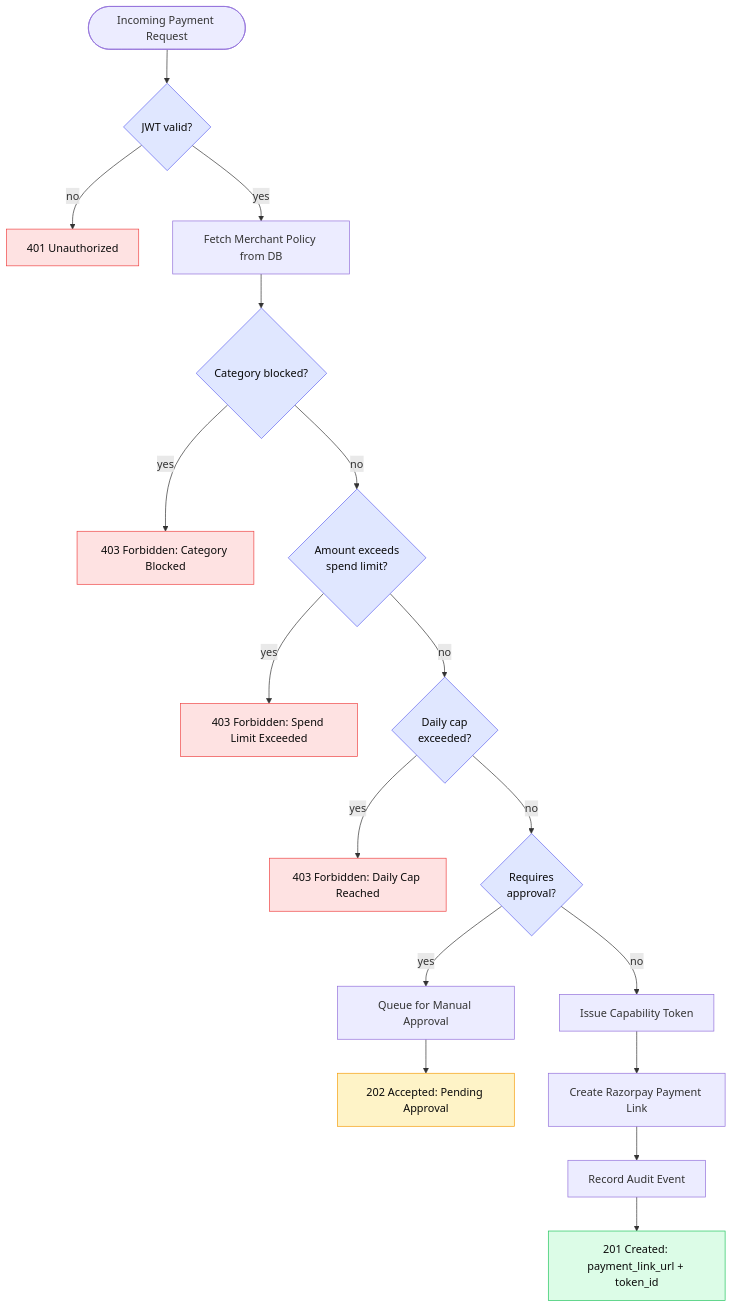
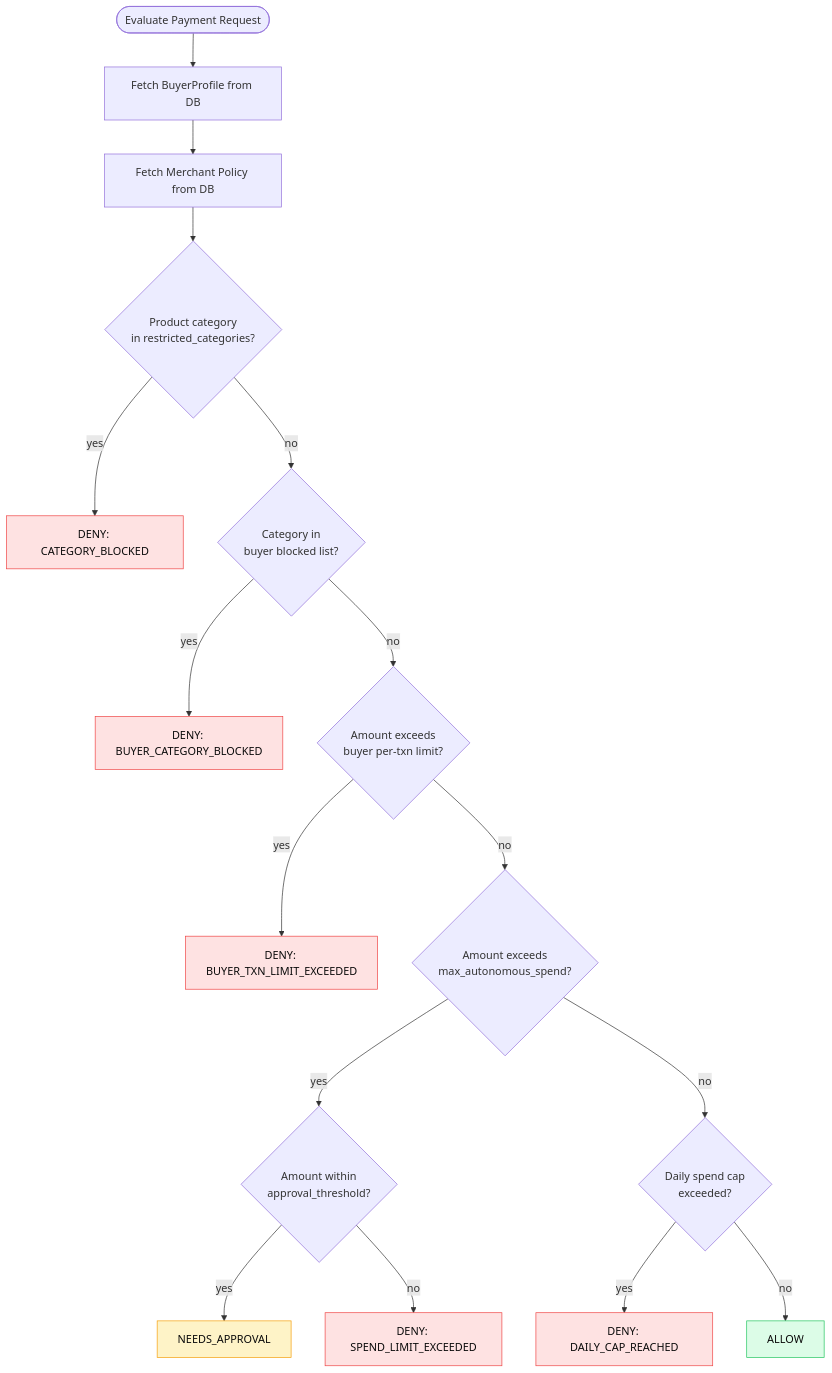
Before and after one commit to simply-mihir/AgentSetu: the fifth of 11 diagrams in README.md, drawn with Mermaid. The commit also changed other lines of this file and 1 other file, not shown here.

````diff
--- a/README.md
+++ b/README.md
@@ -275,34 +365,30 @@
 ```mermaid
 flowchart TD
-    Start(["Incoming Payment Request"]) --> Auth{JWT valid?}
+    Start(["Evaluate Payment Request"]) --> FetchBuyer["Fetch BuyerProfile from DB"]
+    FetchBuyer --> FetchMerchant["Fetch Merchant Policy from DB"]
 
-    Auth -- no --> E401["401 Unauthorized"]
-    Auth -- yes --> FetchPolicy["Fetch Merchant Policy from DB"]
+    FetchMerchant --> CatCheck{Product category\nin restricted_categories?}
+    CatCheck -- yes --> DENY_CAT["DENY: CATEGORY_BLOCKED"]
 
-    FetchPolicy --> CatCheck{Category blocked?}
-    CatCheck -- yes --> E403a["403 Forbidden: Category Blocked"]
-    CatCheck -- no --> SpendCheck{Amount exceeds\nspend limit?}
+    CatCheck -- no --> BuyerCat{Category in\nbuyer blocked list?}
+    BuyerCat -- yes --> DENY_BCAT["DENY: BUYER_CATEGORY_BLOCKED"]
 
-    SpendCheck -- yes --> E403b["403 Forbidden: Spend Limit Exceeded"]
-    SpendCheck -- no --> DailyCheck{Daily cap\nexceeded?}
+    BuyerCat -- no --> BuyerTxn{Amount exceeds\nbuyer per-txn limit?}
+    BuyerTxn -- yes --> DENY_BTXN["DENY: BUYER_TXN_LIMIT_EXCEEDED"]
 
-    DailyCheck -- yes --> E403c["403 Forbidden: Daily Cap Reached"]
-    DailyCheck -- no --> ApprovalCheck{Requires\napproval?}
+    BuyerTxn -- no --> MerchAuto{Amount exceeds\nmax_autonomous_spend?}
+    MerchAuto -- yes --> CheckApproval{Amount within\napproval_threshold?}
+    CheckApproval -- yes --> NEEDS_APPROVAL["NEEDS_APPROVAL"]
+    CheckApproval -- no --> DENY_LIMIT["DENY: SPEND_LIMIT_EXCEEDED"]
 
-    ApprovalCheck -- yes --> Queue["Queue for Manual Approval"]
-    Queue --> Pending["202 Accepted: Pending Approval"]
-    ApprovalCheck -- no --> IssueToken["Issue Capability Token"]
+    MerchAuto -- no --> DailyCheck{Daily spend cap\nexceeded?}
+    DailyCheck -- yes --> DENY_DAILY["DENY: DAILY_CAP_REACHED"]
+    DailyCheck -- no --> ALLOW["ALLOW"]
 
-    IssueToken --> CreateLink["Create Razorpay Payment Link"]
-    CreateLink --> Audit["Record Audit Event"]
-    Audit --> Resp["201 Created: payment_link_url + token_id"]
-
-    classDef errNode fill:#fee2e2,stroke:#ef4444,color:#0a0a0a
-    classDef okNode fill:#dcfce7,stroke:#22c55e,color:#0a0a0a
-    classDef pendingNode fill:#fef3c7,stroke:#f59e0b,color:#0a0a0a
-    classDef decisionNode fill:#e0e7ff,stroke:#6366f1,color:#0a0a0a
-    class E401,E403a,E403b,E403c errNode
-    class Resp okNode
-    class Pending pendingNode
-    class Auth,CatCheck,SpendCheck,DailyCheck,ApprovalCheck decisionNode
+    classDef deny fill:#fee2e2,stroke:#ef4444,color:#0a0a0a
+    classDef allow fill:#dcfce7,stroke:#22c55e,color:#0a0a0a
+    classDef pending fill:#fef3c7,stroke:#f59e0b,color:#0a0a0a
+    class DENY_CAT,DENY_BCAT,DENY_BTXN,DENY_LIMIT,DENY_DAILY deny
+    class ALLOW allow
+    class NEEDS_APPROVAL pending
 ```
````
